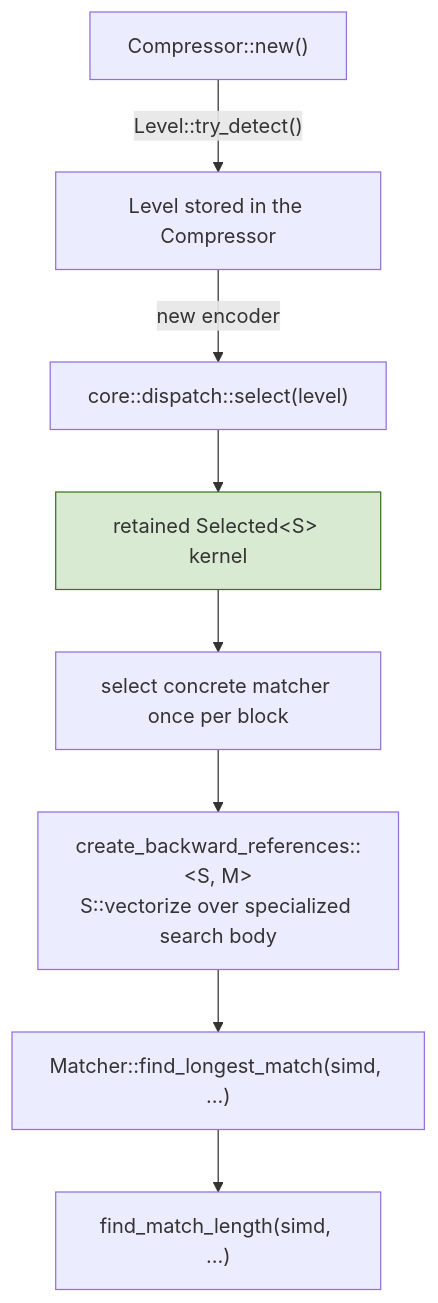
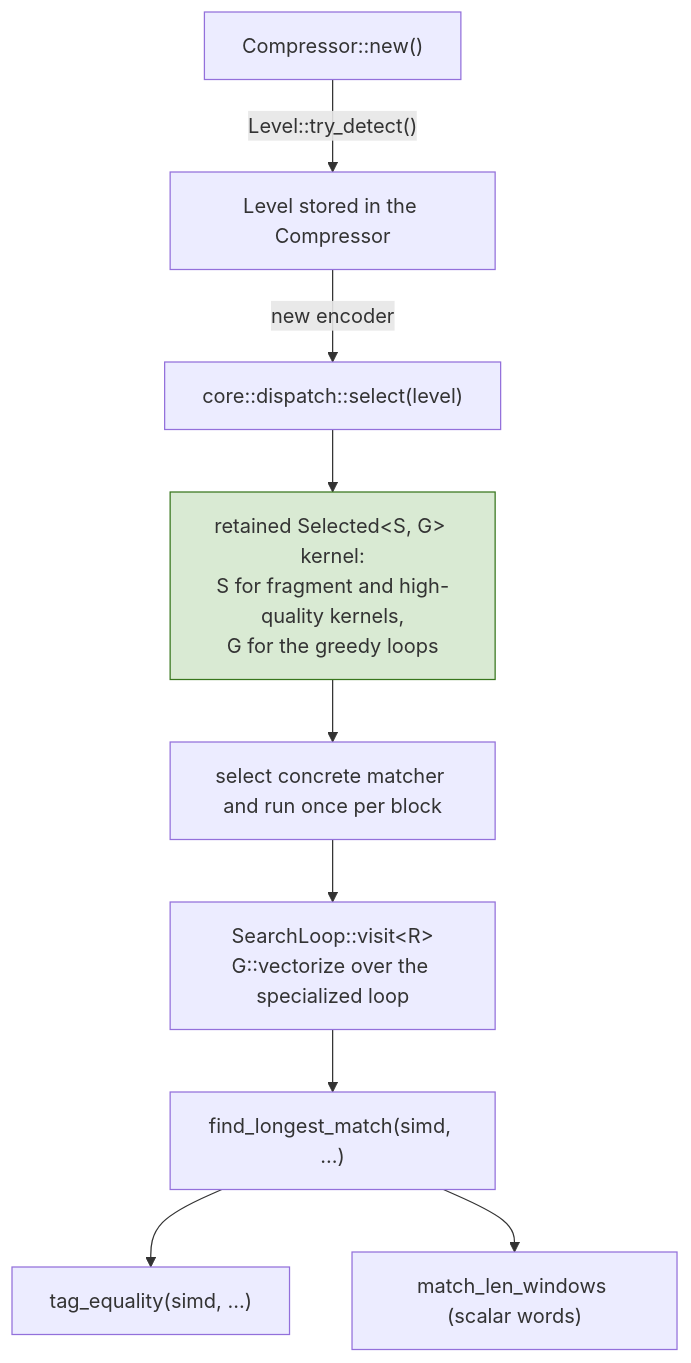
Before and after one commit to Mnwa/mbrotli: diagram 11 of 11 in architecture/greedy-encoder.md, drawn with Mermaid. The commit also changed other lines of this file and 26 other files, not shown here.

````diff
--- a/architecture/greedy-encoder.md
+++ b/architecture/greedy-encoder.md
@@ -558,13 +608,14 @@
 ```mermaid
 graph TD
     A["Compressor::new()"] -->|"Level::try_detect()"| B["Level stored in the Compressor"]
     B -->|"new encoder"| C["core::dispatch::select(level)"]
-    C --> D["retained Selected&lt;S&gt; kernel"]
-    D --> E["select concrete matcher once per block"]
-    E --> V["create_backward_references::&lt;S, M&gt;<br/>S::vectorize over specialized search body"]
-    V --> F["Matcher::find_longest_match(simd, ...)"]
-    F --> G["find_match_length(simd, ...)"]
+    C --> D["retained Selected&lt;S, G&gt; kernel:<br/>S for fragment and high-quality kernels,<br/>G for the greedy loops"]
+    D --> E["select concrete matcher and run once per block"]
+    E --> V["SearchLoop::visit&lt;R&gt;<br/>G::vectorize over the specialized loop"]
+    V --> F["find_longest_match(simd, ...)"]
+    F --> G1["tag_equality(simd, ...)"]
+    F --> G2["match_len_windows (scalar words)"]
 
     classDef once fill:#d9ead3,stroke:#38761d;
     class D once;
 ```
````
